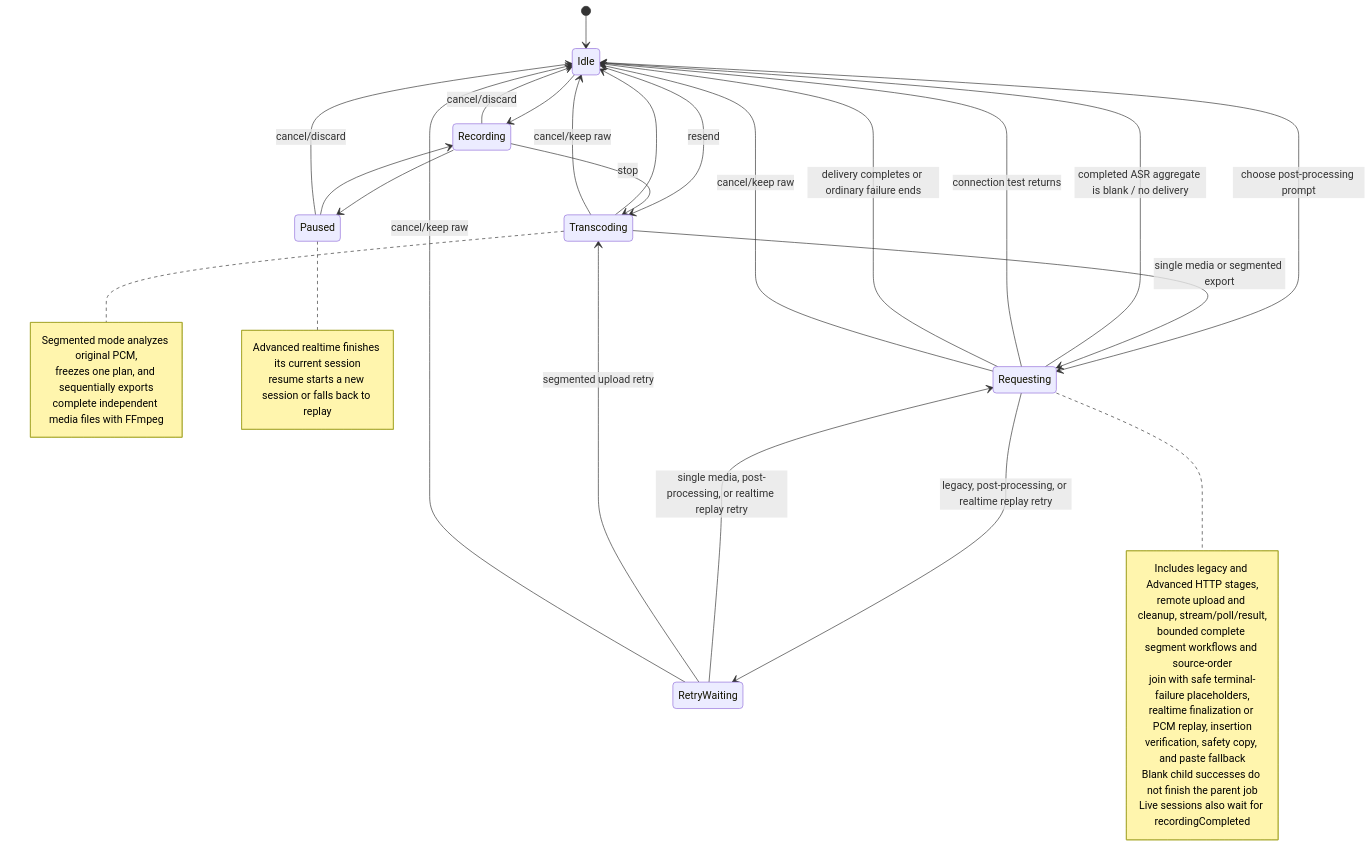
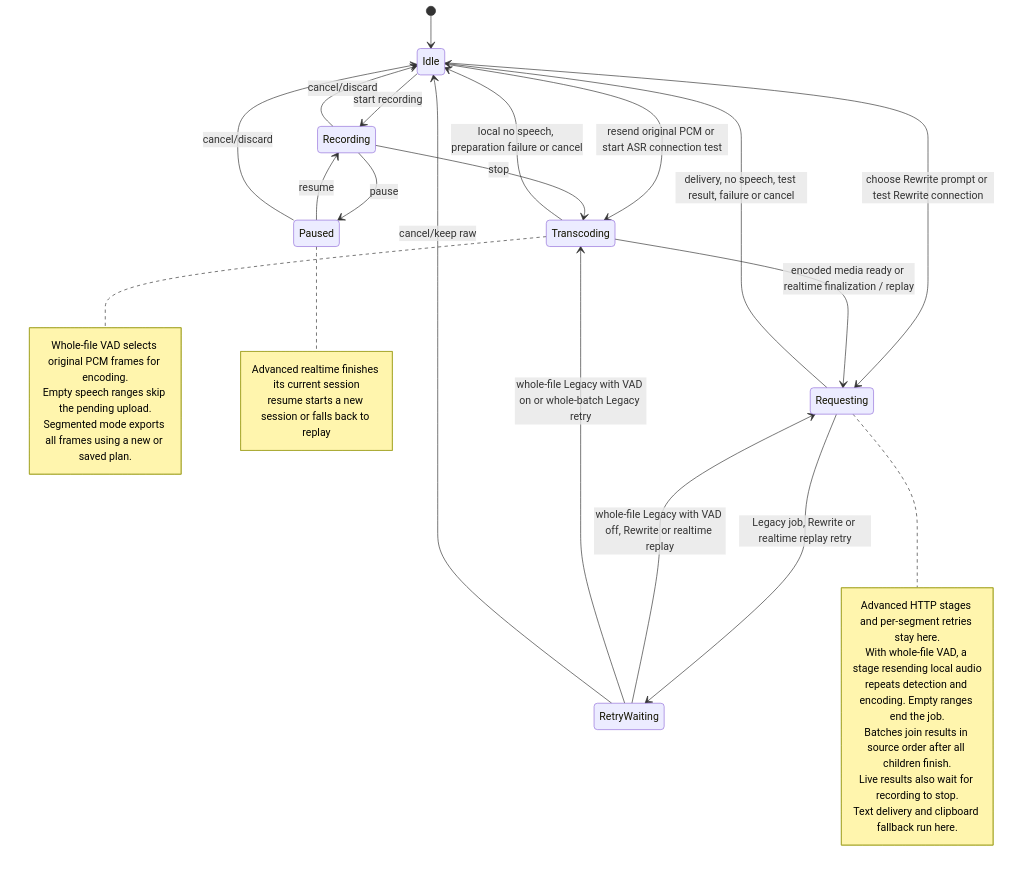
Before and after one commit to Joey-Kot/Dictate-for-Android: the third of 4 diagrams in AGENTS.md, drawn with Mermaid. The commit also changed other lines of this file and 44 other files, not shown here.

````diff
--- a/AGENTS.md
+++ b/AGENTS.md
@@ -261,42 +300,36 @@
 ```mermaid
 stateDiagram-v2
   [*] --> Idle
-  Idle --> Recording
-  Idle --> Transcoding: resend
-  Idle --> Requesting: choose post-processing prompt
-  Recording --> Paused
-  Paused --> Recording
+  Idle --> Recording: start recording
+  Idle --> Transcoding: resend original PCM or start ASR connection test
+  Idle --> Requesting: choose Rewrite prompt or test Rewrite connection
+  Recording --> Paused: pause
+  Paused --> Recording: resume
   Recording --> Transcoding: stop
-  Transcoding --> Requesting: single media or segmented export
-  Requesting --> RetryWaiting: legacy, post-processing, or realtime replay retry
-  RetryWaiting --> Requesting: single media, post-processing, or realtime replay retry
-  RetryWaiting --> Transcoding: segmented upload retry
-  Requesting --> Idle: completed ASR aggregate is blank / no delivery
-  Requesting --> Idle: connection test returns
-  Requesting --> Idle: delivery completes or ordinary failure ends
-  Transcoding --> Idle
+  Transcoding --> Requesting: encoded media ready or realtime finalization / replay
+  Requesting --> RetryWaiting: Legacy job, Rewrite or realtime replay retry
+  RetryWaiting --> Requesting: whole-file Legacy with VAD off, Rewrite or realtime replay
+  RetryWaiting --> Transcoding: whole-file Legacy with VAD on or whole-batch Legacy retry
+  Transcoding --> Idle: local no speech, preparation failure or cancel
+  Requesting --> Idle: delivery, no speech, test result, failure or cancel
   Recording --> Idle: cancel/discard
   Paused --> Idle: cancel/discard
-  Transcoding --> Idle: cancel/keep raw
-  Requesting --> Idle: cancel/keep raw
   RetryWaiting --> Idle: cancel/keep raw
   note right of Requesting
-    Includes legacy and Advanced HTTP stages,
-    remote upload and cleanup, stream/poll/result,
-    bounded complete segment workflows and source-order
-    join with safe terminal-failure placeholders,
-    realtime finalization or PCM replay, insertion
-    verification, safety copy, and paste fallback
-    Blank child successes do not finish the parent job
-    Live sessions also wait for recordingCompleted
+    Advanced HTTP stages and per-segment retries stay here.
+    With whole-file VAD, a stage resending local audio
+    repeats detection and encoding. Empty ranges end the job.
+    Batches join results in source order after all children finish.
+    Live results also wait for recording to stop.
+    Text delivery and clipboard fallback run here.
   end note
   note right of Transcoding
-    Segmented mode analyzes original PCM,
-    freezes one plan, and sequentially exports
-    complete independent media files with FFmpeg
+    Whole-file VAD selects original PCM frames for encoding.
+    Empty speech ranges skip the pending upload.
+    Segmented mode exports all frames using a new or saved plan.
   end note
   note right of Paused
     Advanced realtime finishes its current session
     resume starts a new session or falls back to replay
   end note
 ```
````
